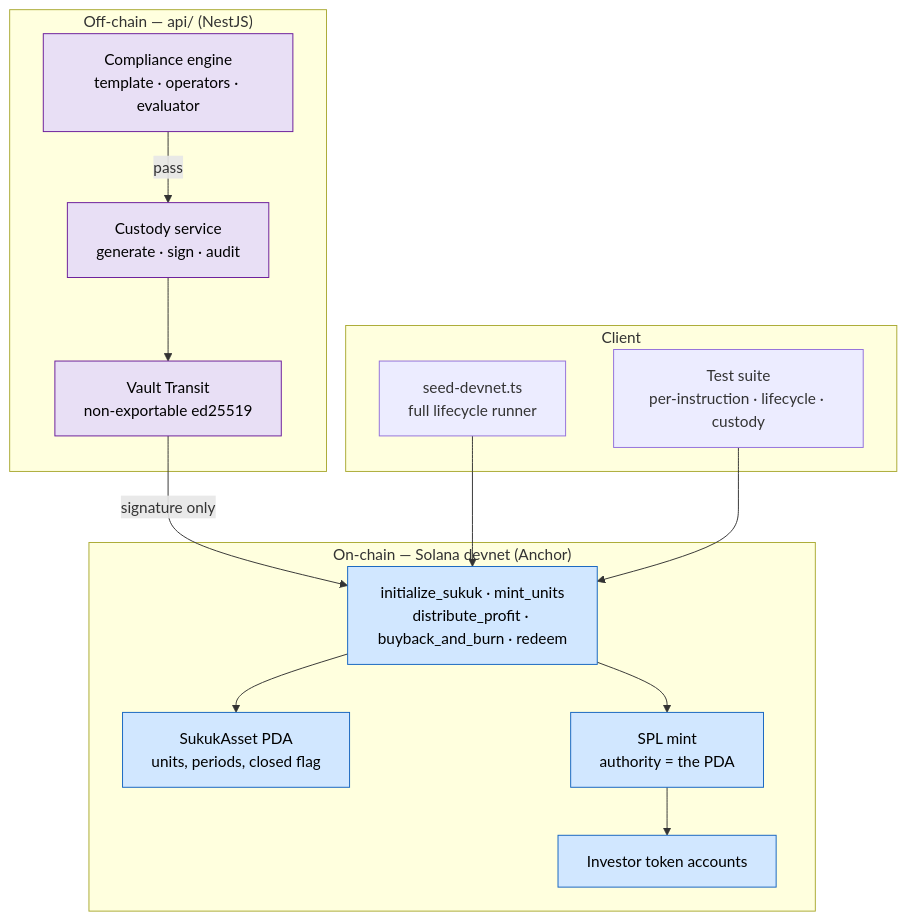
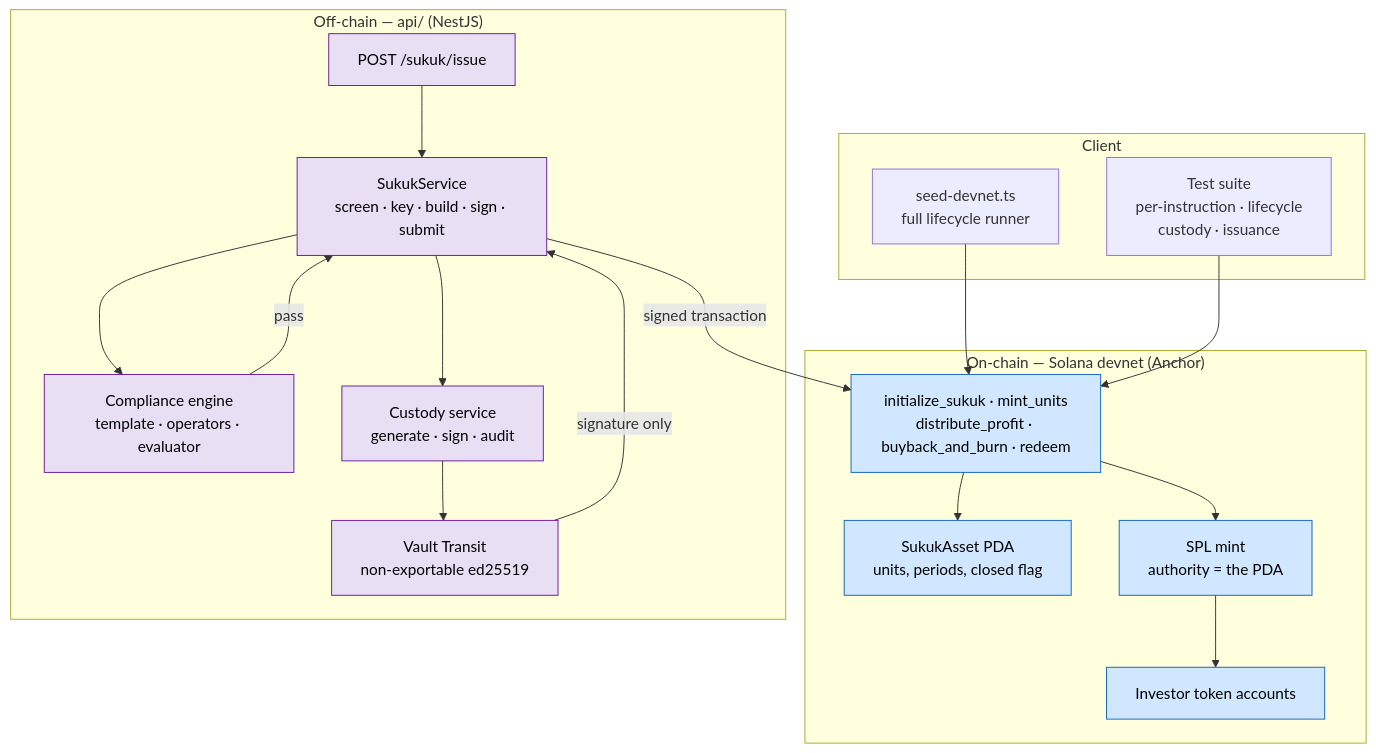
One commit to Aaqeb11/sukuk changed the second of 2 diagrams in README.md. Above: the diagram before and after it, drawn with Mermaid. The commit also changed other lines of this file, not shown here.

````diff
--- a/README.md
+++ b/README.md
@@ -128,35 +149,41 @@
 ```mermaid
 flowchart TB
     subgraph CHAIN["On-chain — Solana devnet (Anchor)"]
         ASSET["SukukAsset PDA<br/>units, periods, closed flag"]
         MINT["SPL mint<br/>authority = the PDA"]
         INV["Investor token accounts"]
         IX["initialize_sukuk · mint_units<br/>distribute_profit · buyback_and_burn · redeem"]
     end
 
     subgraph API["Off-chain — api/ (NestJS)"]
+        HTTP["POST /sukuk/issue"]
+        ORCH["SukukService<br/>screen · key · build · sign · submit"]
         SCREEN["Compliance engine<br/>template · operators · evaluator"]
         CUST["Custody service<br/>generate · sign · audit"]
         VAULT["Vault Transit<br/>non-exportable ed25519"]
     end
 
     subgraph SCRIPTS["Client"]
         SEED["seed-devnet.ts<br/>full lifecycle runner"]
-        TESTS["Test suite<br/>per-instruction · lifecycle · custody"]
+        TESTS["Test suite<br/>per-instruction · lifecycle<br/>custody · issuance"]
     end
 
-    SCREEN -->|"pass"| CUST
+    HTTP --> ORCH
+    ORCH --> SCREEN
+    SCREEN -->|"pass"| ORCH
+    ORCH --> CUST
     CUST --> VAULT
-    VAULT -->|"signature only"| IX
+    VAULT -->|"signature only"| ORCH
+    ORCH -->|"signed transaction"| IX
 
     SEED --> IX
     TESTS --> IX
     IX --> ASSET
     IX --> MINT
     MINT --> INV
 
     classDef chain fill:#d1e7ff,stroke:#1565c0,color:#000;
     classDef off fill:#e8dff5,stroke:#6a1b9a,color:#000;
     class ASSET,MINT,INV,IX chain;
-    class SCREEN,CUST,VAULT off;
+    class HTTP,ORCH,SCREEN,CUST,VAULT off;
 ```
````
